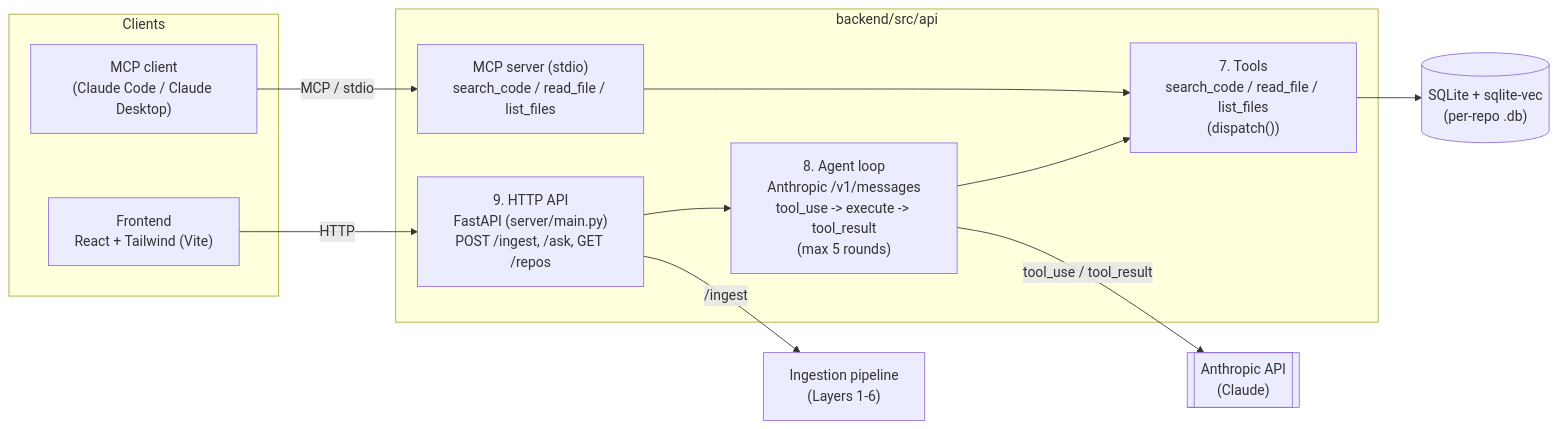
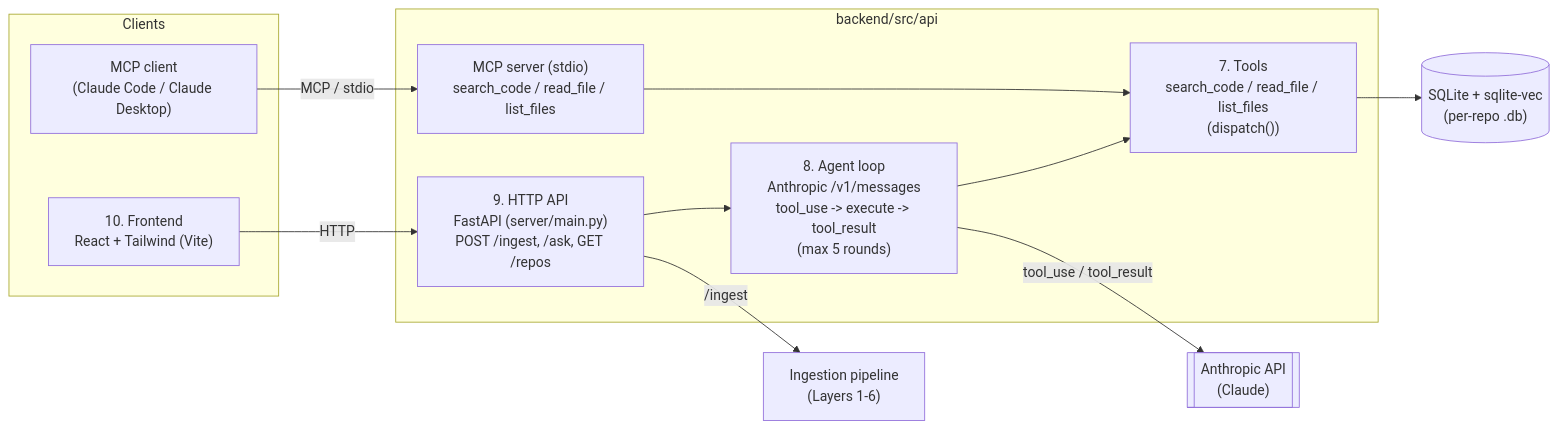
Before and after one commit to samconibear/repo-copilot: the second of 3 diagrams in architecture.md, drawn with Mermaid. The commit also changed other lines of this file, not shown here.

````diff
--- a/architecture.md
+++ b/architecture.md
@@ -31,28 +31,28 @@
 ```mermaid
 flowchart LR
     subgraph Clients
-        FE["Frontend\nReact + Tailwind (Vite)"]
+        FE["10. Frontend\nReact + Tailwind (Vite)"]
         MCPClient["MCP client\n(Claude Code / Claude Desktop)"]
     end
 
     subgraph Backend["backend/src/api"]
         HTTP["9. HTTP API\nFastAPI (server/main.py)\nPOST /ingest, /ask, GET /repos"]
         MCPServer["MCP server (stdio)\nsearch_code / read_file / list_files"]
         Agent["8. Agent loop\nAnthropic /v1/messages\ntool_use -> execute -> tool_result\n(max 5 rounds)"]
         Tools["7. Tools\nsearch_code / read_file / list_files\n(dispatch())"]
     end
 
     Store[("SQLite + sqlite-vec\n(per-repo .db)")]
     Claude[["Anthropic API\n(Claude)"]]
 
     FE -- "HTTP" --> HTTP
     MCPClient -- "MCP / stdio" --> MCPServer
 
     HTTP --> Agent
     MCPServer --> Tools
     Agent --> Tools
     Agent -- "tool_use / tool_result" --> Claude
 
     Tools --> Store
     HTTP -- "/ingest" --> IngestPipeline["Ingestion pipeline\n(Layers 1-6)"]
 ```
````
